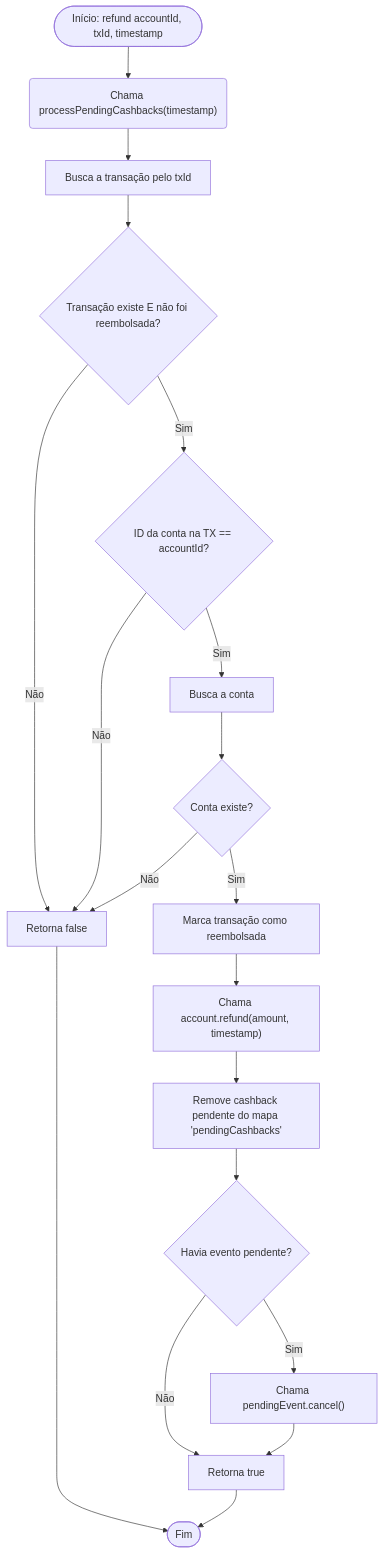
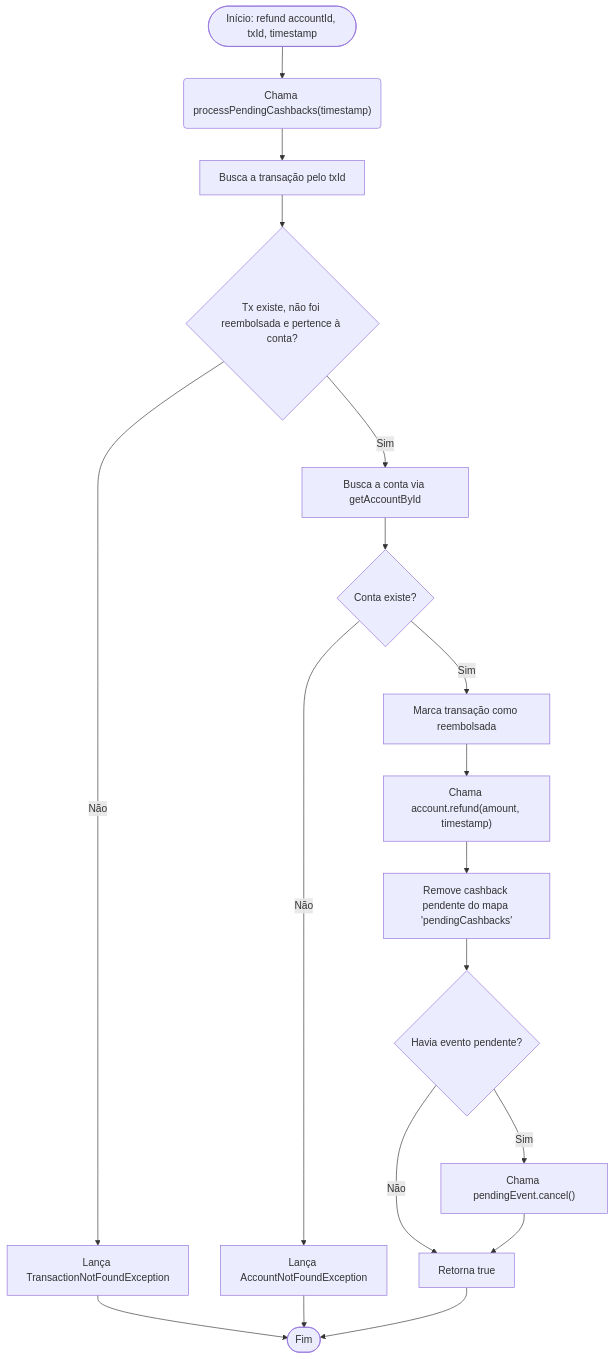
The second of 3 diagrams in doc/architecture/mermaid_level_3.md (guiassys/nubank-training), drawn with Mermaid before and after one commit. The commit also changed other lines of this file and 3 other files, not shown here.

Commit message:
fix: add exceptions in mermaid diagrans

````diff
--- a/doc/architecture/mermaid_level_3.md
+++ b/doc/architecture/mermaid_level_3.md
@@ -37,28 +39,26 @@
 ```mermaid
 flowchart TD
     Start([Início: refund accountId, txId, timestamp]) --> ProcessCashbacks("Chama processPendingCashbacks(timestamp)")
     
     ProcessCashbacks --> GetTx[Busca a transação pelo txId]
-    GetTx --> CheckTx{Transação existe E não foi reembolsada?}
-    CheckTx -- Não --> ReturnFalse[Retorna false]
+    GetTx --> CheckTx{Tx existe, não foi reembolsada e pertence à conta?}
+    CheckTx -- Não --> ThrowTxNotFound[Lança TransactionNotFoundException]
     
-    CheckTx -- Sim --> CheckAccountMatch{ID da conta na TX == accountId?}
-    CheckAccountMatch -- Não --> ReturnFalse
-    
-    CheckAccountMatch -- Sim --> GetAccount[Busca a conta]
+    CheckTx -- Sim --> GetAccount[Busca a conta via getAccountById]
     GetAccount --> CheckAccountExists{Conta existe?}
-    CheckAccountExists -- Não --> ReturnFalse
+    CheckAccountExists -- Não --> ThrowAccountNotFound[Lança AccountNotFoundException]
     
     CheckAccountExists -- Sim --> MarkRefunded[Marca transação como reembolsada]
     MarkRefunded --> CallRefund["Chama account.refund(amount, timestamp)"]
     
     CallRefund --> RemovePending["Remove cashback pendente do mapa 'pendingCashbacks'"]
     RemovePending --> CheckPending{Havia evento pendente?}
     
     CheckPending -- Não --> ReturnTrue[Retorna true]
     CheckPending -- Sim --> CancelEvent["Chama pendingEvent.cancel()"]
     CancelEvent --> ReturnTrue
     
-    ReturnFalse --> End([Fim])
+    ThrowTxNotFound --> End([Fim])
+    ThrowAccountNotFound --> End
     ReturnTrue --> End
 ```
````
